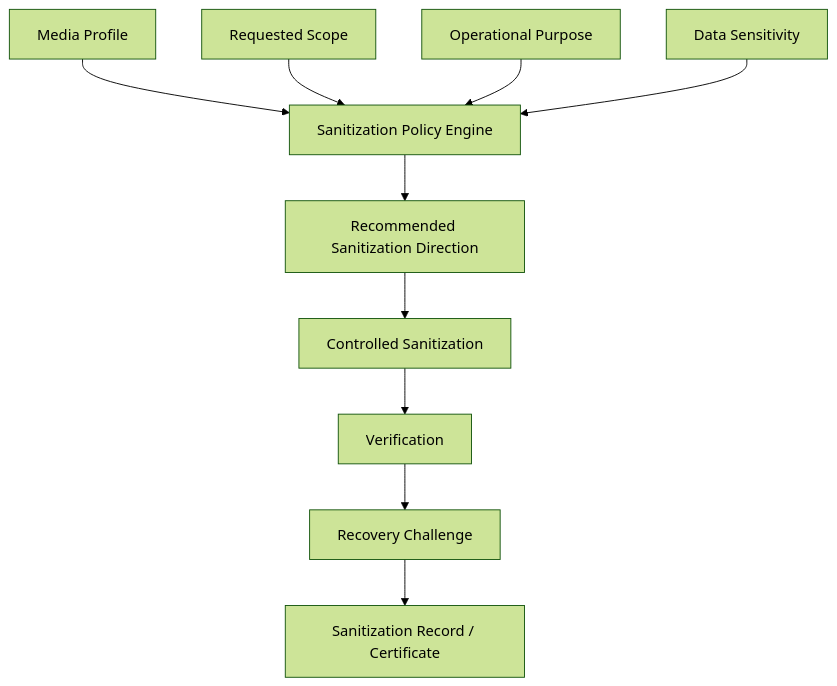
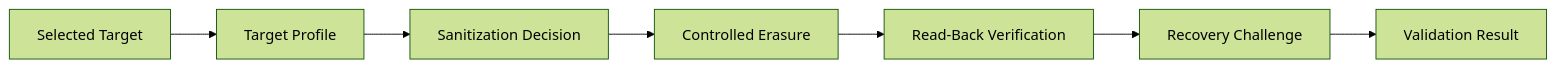
Before and after one commit to Yemireddy-Pragnavi/Re-Trace: the fourth of 7 diagrams in README.md, drawn with Mermaid (forest theme). The commit also changed other lines of this file, not shown here.

````diff
--- a/README.md
+++ b/README.md
@@ -518,30 +260,16 @@
 ```mermaid
-flowchart TD
+flowchart LR
 
-    MEDIA["Media Profile"]
-        --> POLICY["Sanitization Policy Engine"]
+    TARGET["Selected Target"]
+      --> PROFILE["Target Profile"]
 
-    SCOPE["Requested Scope"]
-        --> POLICY
+    PROFILE --> POLICY["Sanitization Decision"]
 
-    PURPOSE["Operational Purpose"]
-        --> POLICY
+    POLICY --> ERASE["Controlled Erasure"]
 
-    SENSITIVITY["Data Sensitivity"]
-        --> POLICY
+    ERASE --> VERIFY["Read-Back Verification"]
 
-    POLICY
-        --> DECISION["Recommended Sanitization Direction"]
+    VERIFY --> CHALLENGE["Recovery Challenge"]
 
-    DECISION
-        --> CONTROLLED["Controlled Sanitization"]
-
-    CONTROLLED
-        --> VERIFY["Verification"]
-
-    VERIFY
-        --> CHALLENGE["Recovery Challenge"]
-
-    CHALLENGE
-        --> CERT["Sanitization Record / Certificate"]
+    CHALLENGE --> RESULT["Validation Result"]
 ```
````
